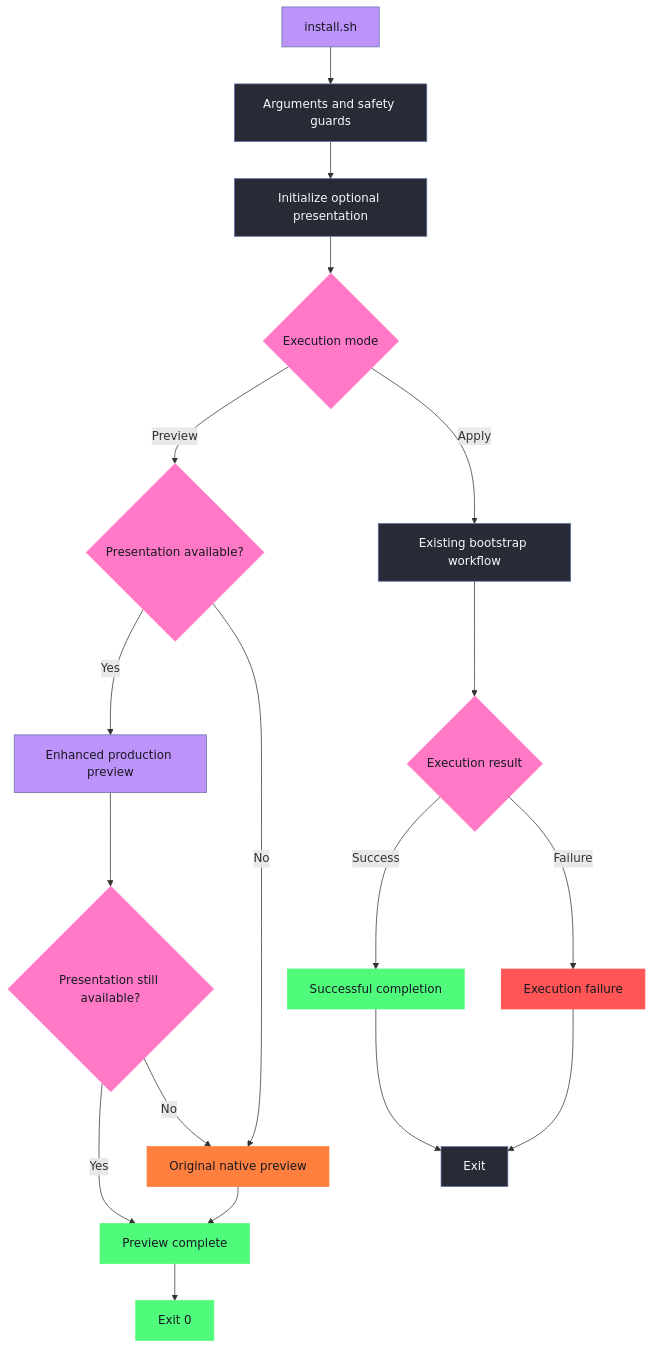
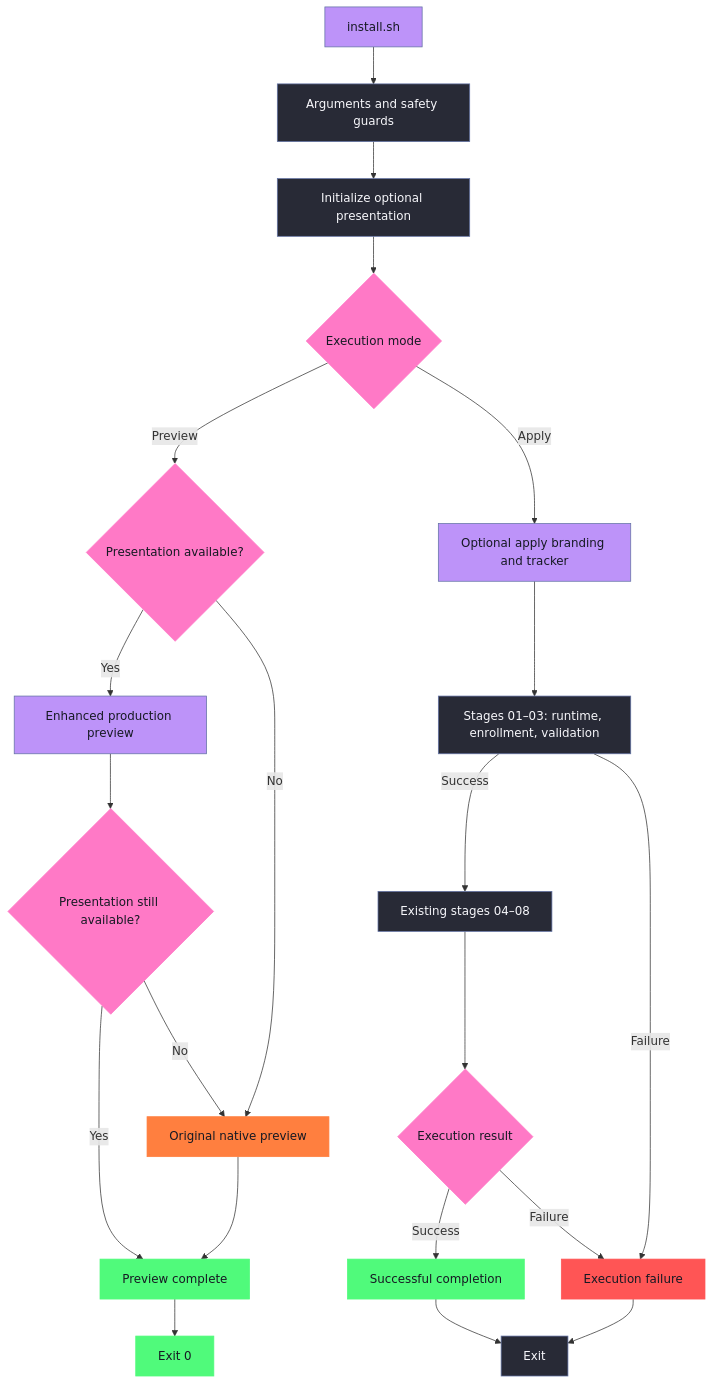
Before and after one commit to calico88x/novalabs-dotfiles: the second of 2 diagrams in README.md, drawn with Mermaid. The commit also changed other lines of this file and 3 other files, not shown here.

Commit message:
feat(bootstrap): integrate runtime and enrollment stage tracking

````diff
--- a/README.md
+++ b/README.md
@@ -427,34 +430,37 @@
 ```mermaid
 flowchart TD
     A["install.sh"] --> B["Arguments and safety guards"]
     B --> C["Initialize optional presentation"]
     C --> D{"Execution mode"}
     D -->|Preview| E{"Presentation available?"}
     E -->|Yes| F["Enhanced production preview"]
     E -->|No| G["Original native preview"]
     F --> H{"Presentation still available?"}
     H -->|Yes| I["Preview complete"]
     H -->|No| G
     G --> I
-    D -->|Apply| J["Existing bootstrap workflow"]
+    D -->|Apply| P["Optional apply branding and tracker"]
+    P --> Q["Stages 01–03: runtime, enrollment, validation"]
+    Q -->|Success| J["Existing stages 04–08"]
+    Q -->|Failure| M
     J --> K{"Execution result"}
     K -->|Success| L["Successful completion"]
     K -->|Failure| M["Execution failure"]
     I --> N["Exit 0"]
     L --> O["Exit"]
     M --> O
 
     classDef brand fill:#BD93F9,stroke:#6272A4,color:#161923
     classDef success fill:#50FA7B,stroke:#50FA7B,color:#161923
     classDef failure fill:#FF5555,stroke:#FF5555,color:#161923
     classDef decision fill:#FF79C6,stroke:#FF79C6,color:#161923
     classDef process fill:#282A36,stroke:#6272A4,color:#F7F7FB
     classDef fallback fill:#FF7F3F,stroke:#FF7F3F,color:#161923
 
-    class A,F brand
+    class A,F,P brand
     class I,L,N success
     class M failure
     class D,E,H,K decision
-    class B,C,J,O process
+    class B,C,J,O,Q process
     class G fallback
 ```
````
